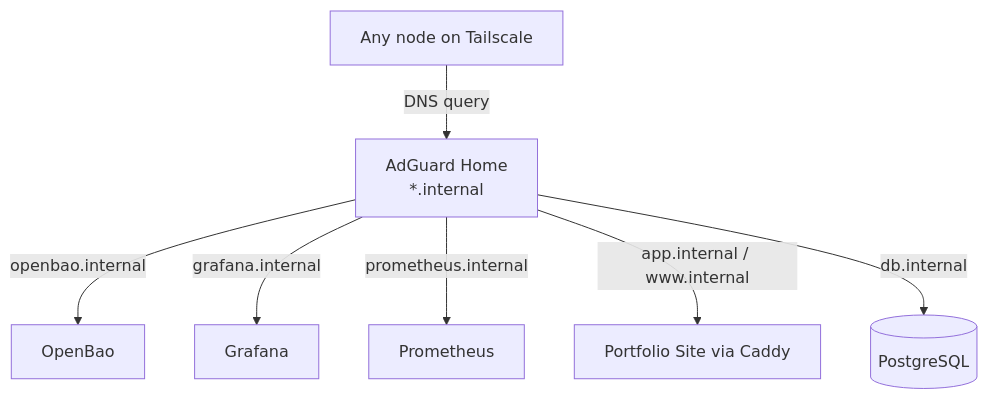
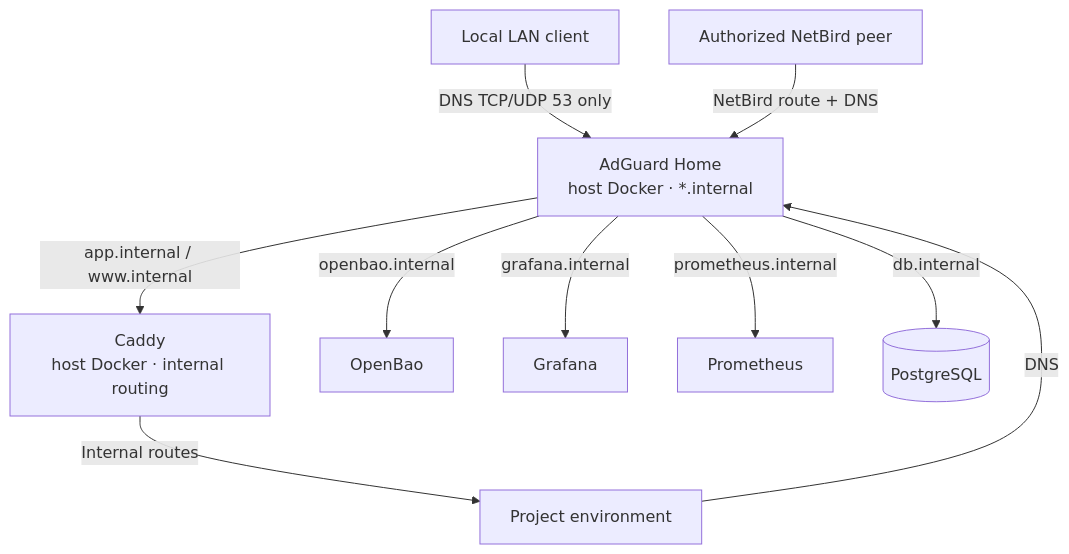
One commit to JT2M0L3Y/homelab changed the second of 4 diagrams in docs/architecture/02-networking.md. Above: the diagram before and after it, drawn with Mermaid. The commit also changed other lines of this file and 13 other files, not shown here.

````diff
--- a/docs/architecture/02-networking.md
+++ b/docs/architecture/02-networking.md
@@ -35,12 +63,18 @@
 ```mermaid
 flowchart TB
-    Client[Any node on Tailscale]
-    AGH[AdGuard Home<br/>*.internal]
-    
-    Client -->|DNS query| AGH
-    AGH -->|openbao.internal| OpenBao[OpenBao]
+    LAN[Local LAN client]
+    Remote[Authorized NetBird peer]
+    Project[Project environment]
+    AGH[AdGuard Home<br/>host Docker · *.internal]
+    Caddy[Caddy<br/>host Docker · internal routing]
+
+    LAN -->|DNS TCP/UDP 53 only| AGH
+    Remote -->|NetBird route + DNS| AGH
+    Project -->|DNS| AGH
+    AGH -->|openbao.internal| Bao[OpenBao]
     AGH -->|grafana.internal| Grafana[Grafana]
     AGH -->|prometheus.internal| Prom[Prometheus]
-    AGH -->|app.internal / www.internal| App[Portfolio Site via Caddy]
+    AGH -->|app.internal / www.internal| Caddy
     AGH -->|db.internal| PG[(PostgreSQL)]
+    Caddy -->|Internal routes| Project
 ```
````
